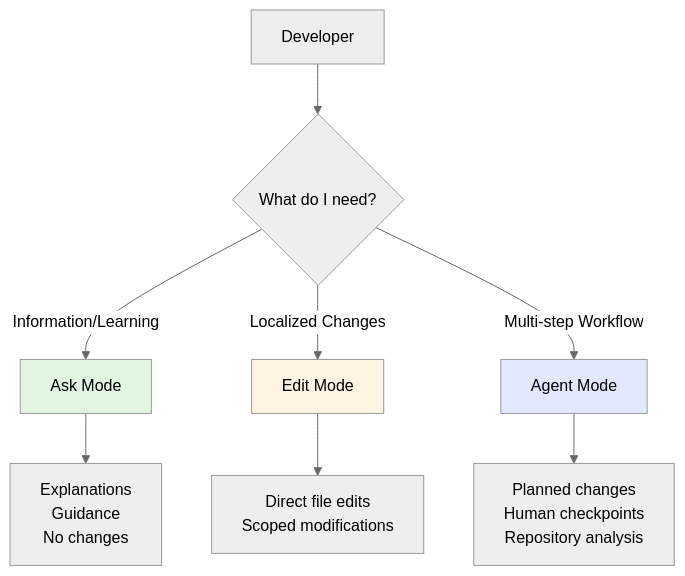
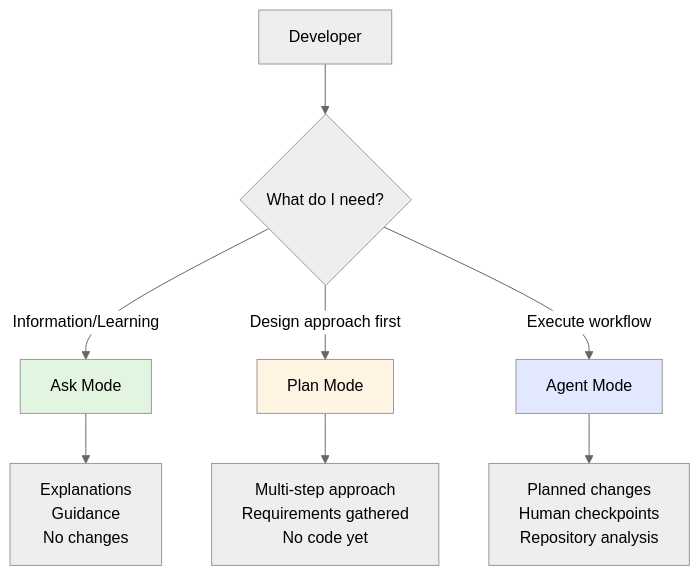
Before and after one commit to centricconsulting/ai-coding-workshop: the first of 6 diagrams in docs/design/diagrams/copilot-interaction-models.md, drawn with Mermaid (neutral theme). The commit also changed other lines of this file and 15 other files, not shown here.

First line of the commit message:
docs: replace Edit mode with Plan mode across all workshop content

````diff
--- a/docs/design/diagrams/copilot-interaction-models.md
+++ b/docs/design/diagrams/copilot-interaction-models.md
@@ -7,16 +7,16 @@
 ```mermaid
 graph TB
     User[Developer] --> Decision{What do I need?}
     
     Decision -->|Information/Learning| Ask[Ask Mode]
-    Decision -->|Localized Changes| Edit[Edit Mode]
-    Decision -->|Multi-step Workflow| Agent[Agent Mode]
+    Decision -->|Design approach first| Plan[Plan Mode]
+    Decision -->|Execute workflow| Agent[Agent Mode]
     
     Ask --> AskResult[Explanations<br/>Guidance<br/>No changes]
-    Edit --> EditResult[Direct file edits<br/>Scoped modifications]
+    Plan --> PlanResult[Multi-step approach<br/>Requirements gathered<br/>No code yet]
     Agent --> AgentResult[Planned changes<br/>Human checkpoints<br/>Repository analysis]
     
     style Ask fill:#e1f5e1
-    style Edit fill:#fff4e1
+    style Plan fill:#fff4e1
     style Agent fill:#e1e8ff
 ```
````
